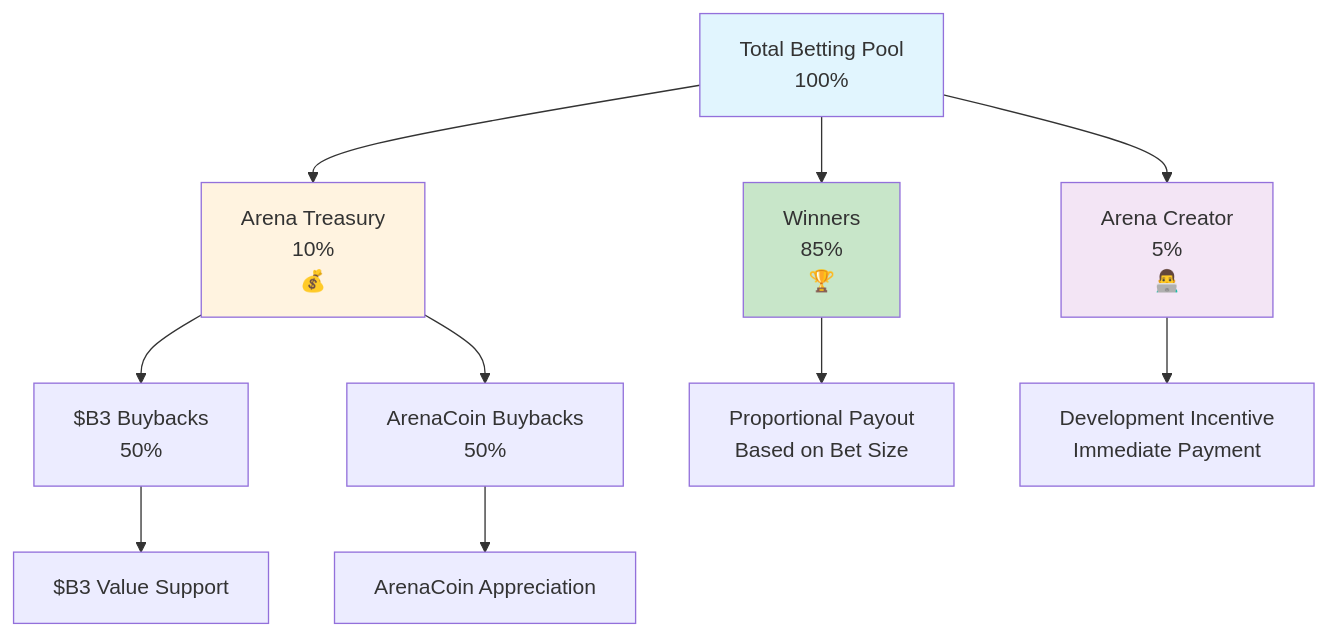
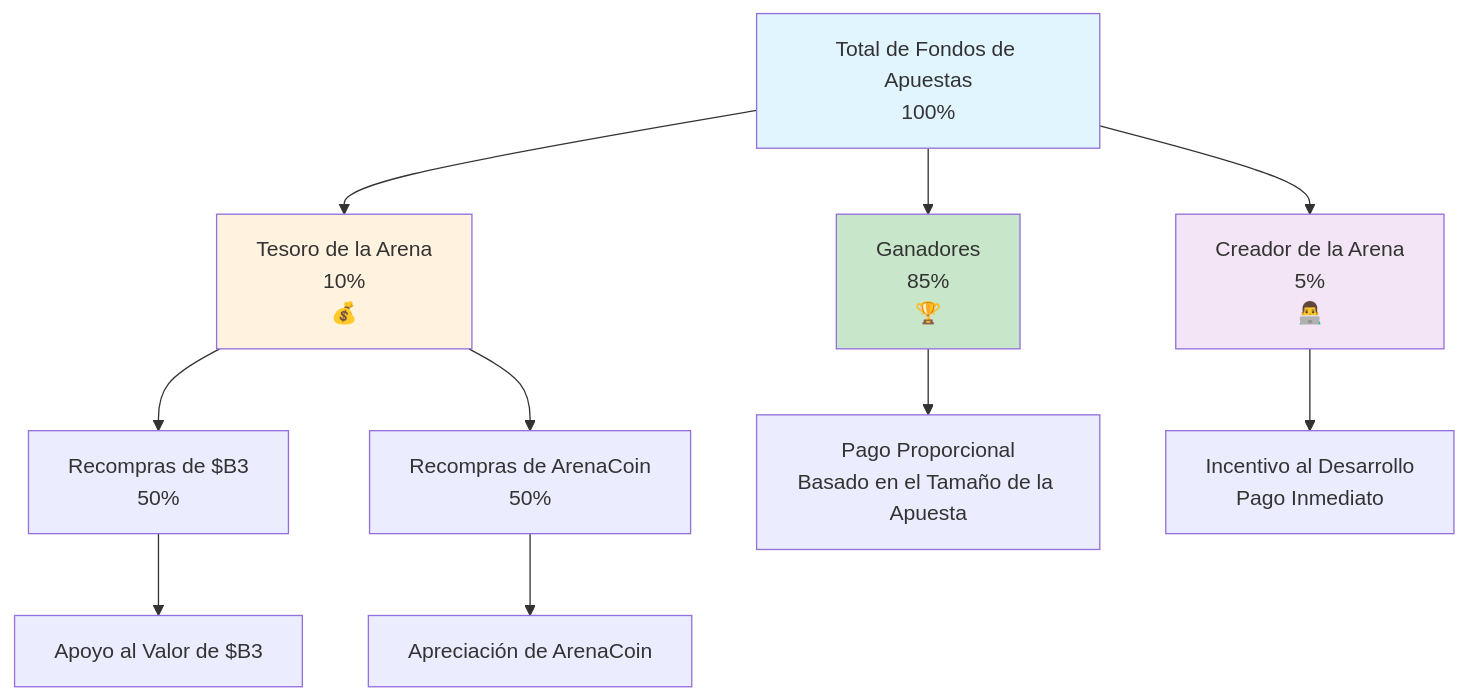
One commit to b3-fun/b3 changed the diagram in docs/es/hypeduel/fee-structure.mdx. Above: the diagram before and after it, drawn with Mermaid. The commit also changed other lines of this file and 52 other files, not shown here.

````diff
--- a/docs/es/hypeduel/fee-structure.mdx
+++ b/docs/es/hypeduel/fee-structure.mdx
@@ -20,19 +20,19 @@
 ```mermaid
 graph TD
-    A["Total Betting Pool<br/>100%"] --> B["Winners<br/>85%<br/>🏆"]
-    A --> C["Arena Treasury<br/>10%<br/>💰"]
-    A --> D["Arena Creator<br/>5%<br/>👨‍💻"]
+    A["Total de Fondos de Apuestas<br/>100%"] --> B["Ganadores<br/>85%<br/>🏆"]
+    A --> C["Tesoro de la Arena<br/>10%<br/>💰"]
+    A --> D["Creador de la Arena<br/>5%<br/>👨‍💻"]
 
-    C --> E["$B3 Buybacks<br/>50%"]
-    C --> F["ArenaCoin Buybacks<br/>50%"]
+    C --> E["Recompras de $B3<br/>50%"]
+    C --> F["Recompras de ArenaCoin<br/>50%"]
 
-    B --> G["Proportional Payout<br/>Based on Bet Size"]
-    D --> H["Development Incentive<br/>Immediate Payment"]
-    E --> I["$B3 Value Support"]
-    F --> J["ArenaCoin Appreciation"]
+    B --> G["Pago Proporcional<br/>Basado en el Tamaño de la Apuesta"]
+    D --> H["Incentivo al Desarrollo<br/>Pago Inmediato"]
+    E --> I["Apoyo al Valor de $B3"]
+    F --> J["Apreciación de ArenaCoin"]
 
     style A fill:#e1f5fe
     style B fill:#c8e6c9
     style C fill:#fff3e0
     style D fill:#f3e5f5
 ```
````
